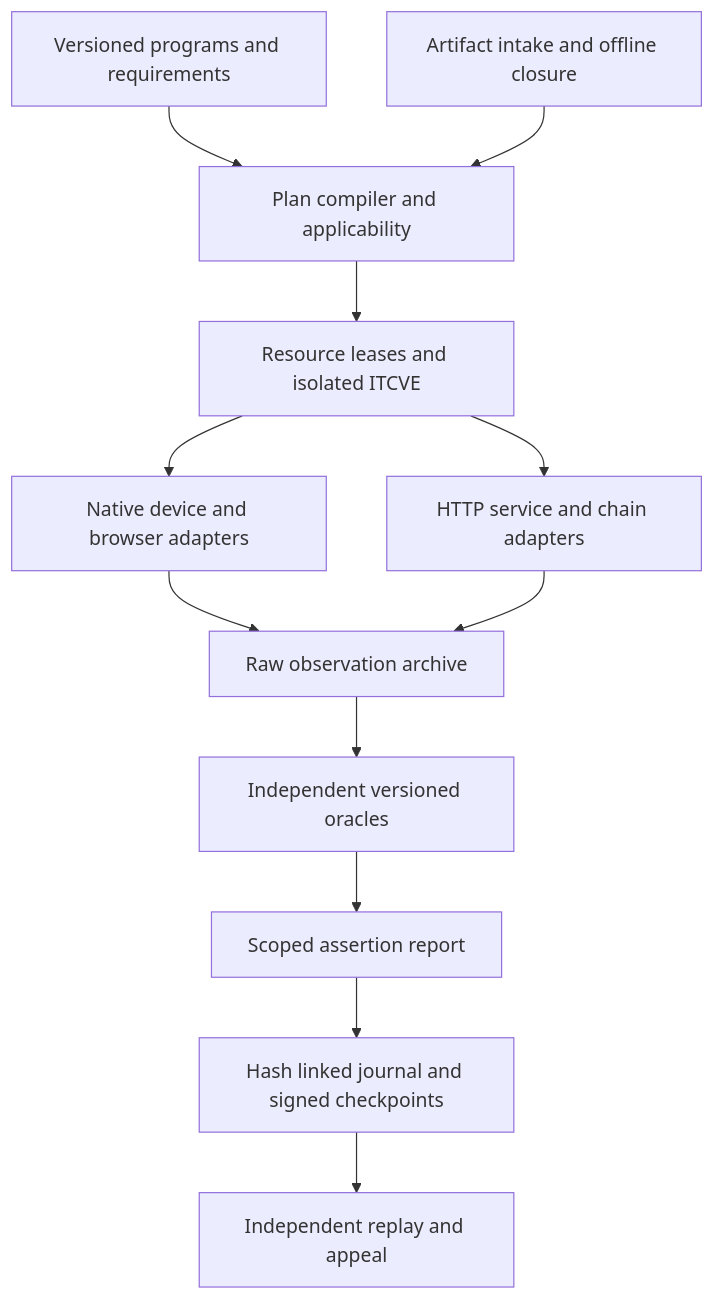
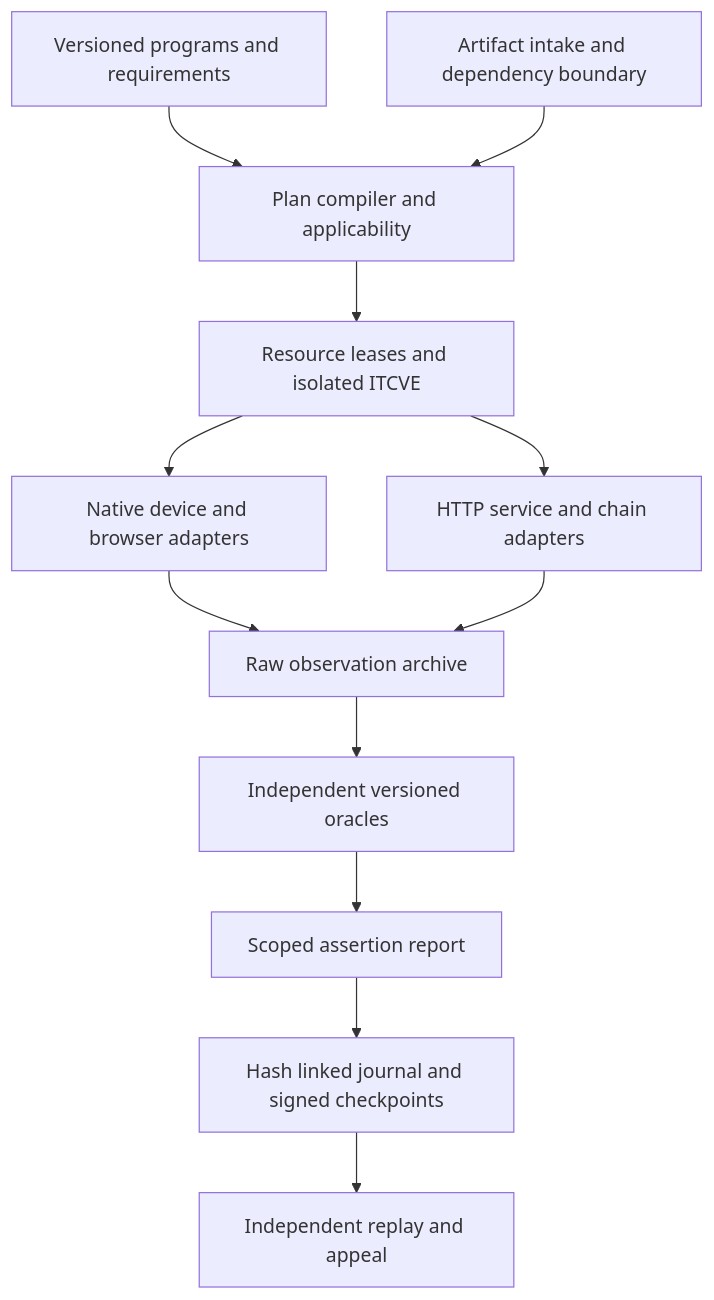
The diagram in docs/architecture.md (p2ppsr/interop), drawn with Mermaid before and after one commit. The commit also changed other lines of this file and 38 other files, not shown here.

````diff
--- a/docs/architecture.md
+++ b/docs/architecture.md
@@ -3,14 +3,14 @@
 ```mermaid
 flowchart TD
   P[Versioned programs and requirements] --> C[Plan compiler and applicability]
-  A[Artifact intake and offline closure] --> C
+  A[Artifact intake and dependency boundary] --> C
   C --> L[Resource leases and isolated ITCVE]
   L --> N[Native device and browser adapters]
   L --> H[HTTP service and chain adapters]
   N --> O[Raw observation archive]
   H --> O
   O --> V[Independent versioned oracles]
   V --> R[Scoped assertion report]
   R --> J[Hash linked journal and signed checkpoints]
   J --> X[Independent replay and appeal]
 ```
````
